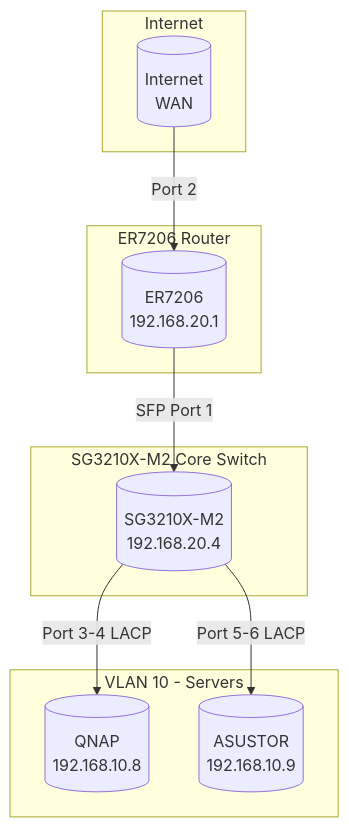
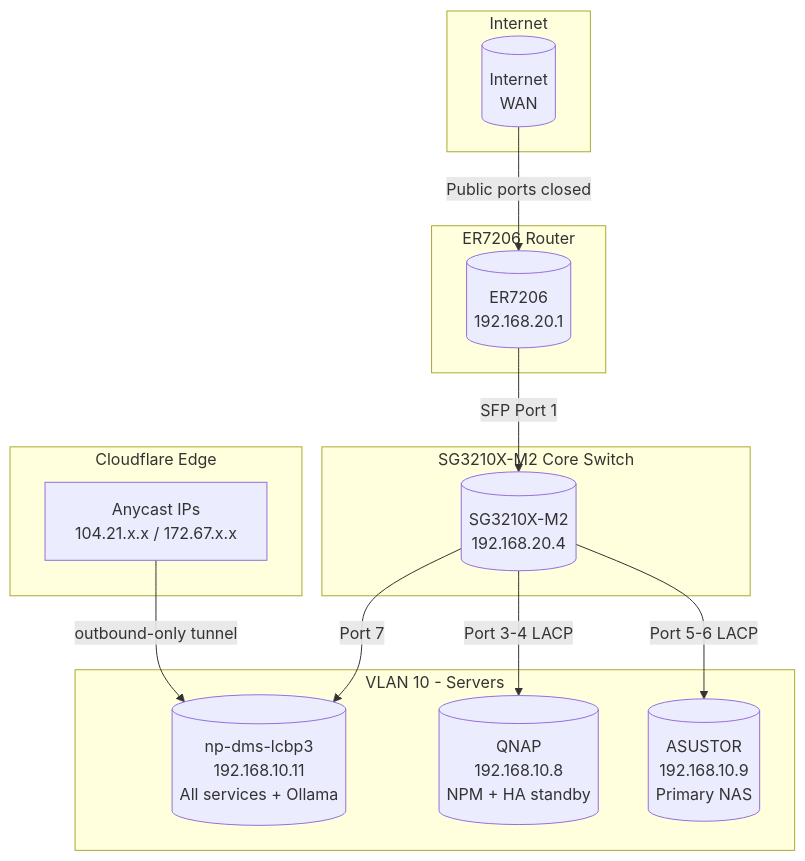
One commit to peancharoen/lcbp3 changed the sixth of 7 diagrams in ARCHITECTURE.md. Above: the diagram before and after it, drawn with Mermaid. The commit also changed other lines of this file and 147 other files, not shown here.

````diff
--- a/ARCHITECTURE.md
+++ b/ARCHITECTURE.md
@@ -285,24 +321,31 @@
 ```mermaid
 graph TB
     subgraph Internet
         WAN[("Internet<br/>WAN")]
+    end
+
+    subgraph Cloudflare["Cloudflare Edge"]
+        CF["Anycast IPs<br/>104.21.x.x / 172.67.x.x"]
     end
 
     subgraph Router["ER7206 Router"]
         R[("ER7206<br/>192.168.20.1")]
     end
 
     subgraph CoreSwitch["SG3210X-M2 Core Switch"]
         CS[("SG3210X-M2<br/>192.168.20.4")]
     end
 
     subgraph Servers["VLAN 10 - Servers"]
-        QNAP[(" QNAP<br/>192.168.10.8")]
-        ASUSTOR[(" ASUSTOR<br/>192.168.10.9")]
+        NewServer[(" np-dms-lcbp3<br/>192.168.10.11<br/>All services + Ollama")]
+        QNAP[(" QNAP<br/>192.168.10.8<br/>NPM + HA standby")]
+        ASUSTOR[(" ASUSTOR<br/>192.168.10.9<br/>Primary NAS")]
     end
 
-    WAN -->|Port 2| R
+    WAN -->|Public ports closed| R
     R -->|SFP Port 1| CS
+    CF -->|outbound-only tunnel| NewServer
     CS -->|Port 3-4 LACP| QNAP
     CS -->|Port 5-6 LACP| ASUSTOR
+    CS -->|Port 7| NewServer
 ```
````
